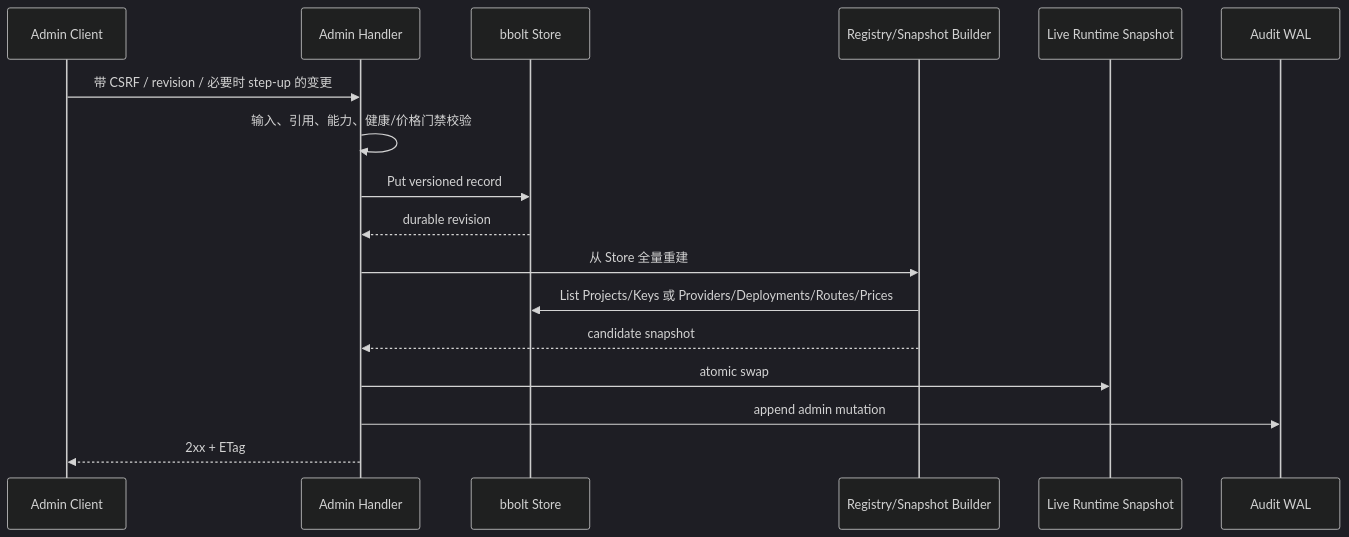
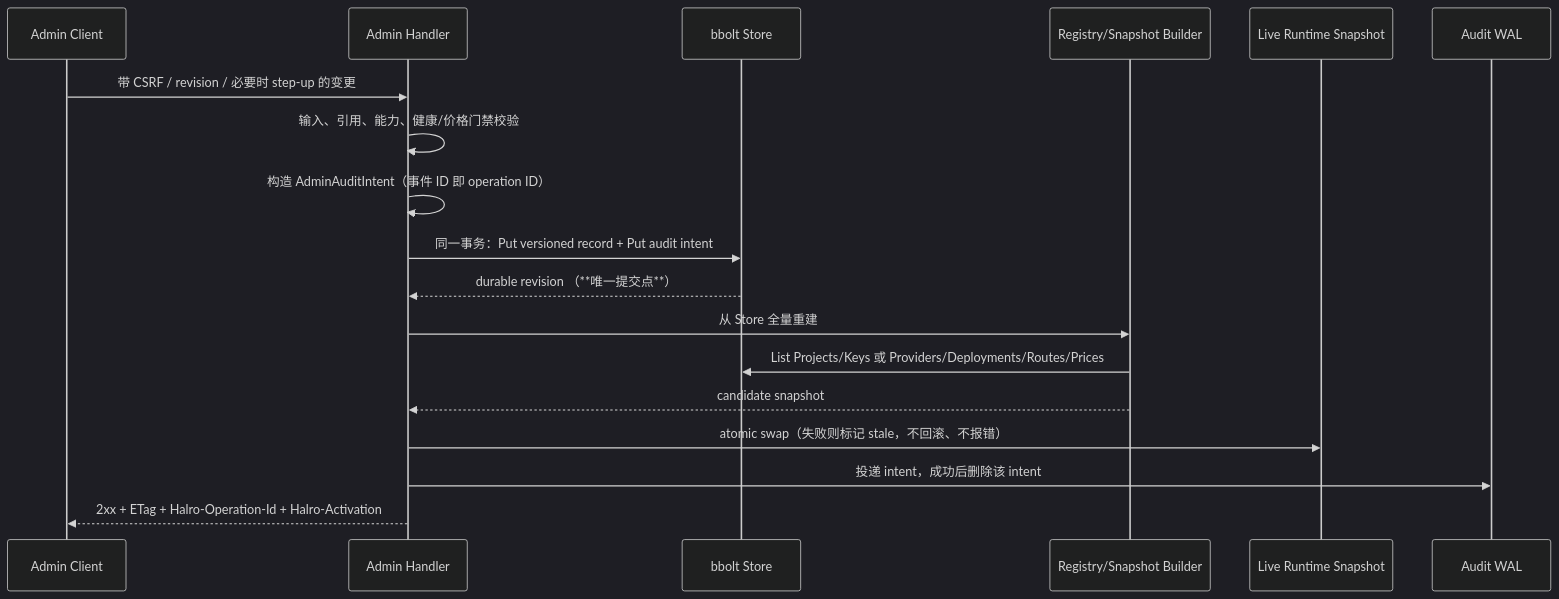
Before and after one commit to akz142857/Halro: the second of 4 diagrams in docs/todo/provider-to-project-api-call-chain.zh-CN.md, drawn with Mermaid (dark theme). The commit also changed other lines of this file and 1 other file, not shown here.

````diff
--- a/docs/todo/provider-to-project-api-call-chain.zh-CN.md
+++ b/docs/todo/provider-to-project-api-call-chain.zh-CN.md
@@ -94,20 +96,21 @@
 ```mermaid
 sequenceDiagram
     participant Admin as Admin Client
     participant Handler as Admin Handler
     participant Store as bbolt Store
     participant Builder as Registry/Snapshot Builder
     participant Live as Live Runtime Snapshot
     participant Audit as Audit WAL
 
     Admin->>Handler: 带 CSRF / revision / 必要时 step-up 的变更
     Handler->>Handler: 输入、引用、能力、健康/价格门禁校验
-    Handler->>Store: Put versioned record
-    Store-->>Handler: durable revision
+    Handler->>Handler: 构造 AdminAuditIntent（事件 ID 即 operation ID）
+    Handler->>Store: 同一事务：Put versioned record + Put audit intent
+    Store-->>Handler: durable revision （**唯一提交点**）
     Handler->>Builder: 从 Store 全量重建
     Builder->>Store: List Projects/Keys 或 Providers/Deployments/Routes/Prices
     Builder-->>Handler: candidate snapshot
-    Handler->>Live: atomic swap
-    Handler->>Audit: append admin mutation
-    Handler-->>Admin: 2xx + ETag
+    Handler->>Live: atomic swap（失败则标记 stale，不回滚、不报错）
+    Handler->>Audit: 投递 intent，成功后删除该 intent
+    Handler-->>Admin: 2xx + ETag + Halro-Operation-Id + Halro-Activation
 ```
````
